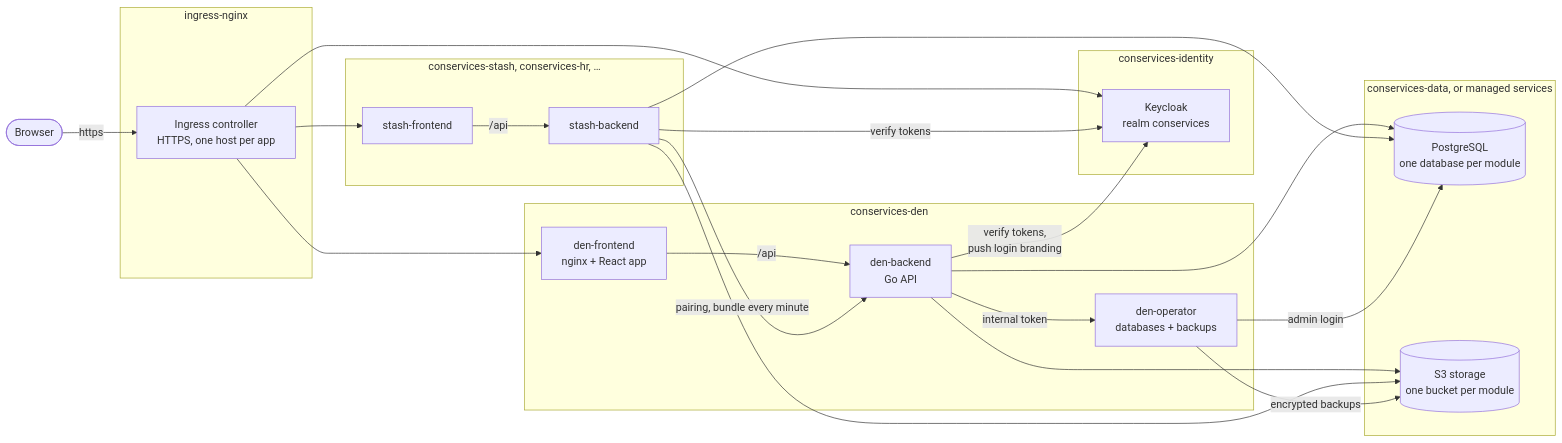
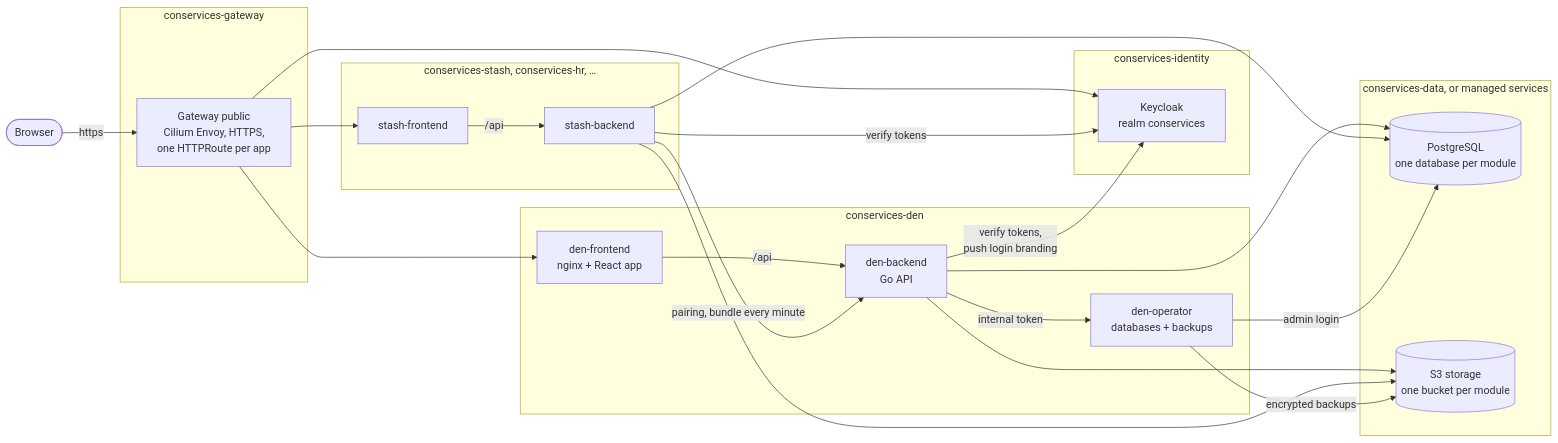
One commit to AGlElectronics/con-services changed the first of 4 diagrams in docs/concepts/architecture.md. Above: the diagram before and after it, drawn with Mermaid. The commit also changed other lines of this file and 78 other files, not shown here.

````diff
--- a/docs/concepts/architecture.md
+++ b/docs/concepts/architecture.md
@@ -19,47 +19,47 @@
 ```mermaid
 flowchart LR
     browser([Browser])
 
-    subgraph ingress [ingress-nginx]
-        ing[Ingress controller<br/>HTTPS, one host per app]
+    subgraph gw [conservices-gateway]
+        ing[Gateway public<br/>Cilium Envoy, HTTPS,<br/>one HTTPRoute per app]
     end
 
     subgraph identity [conservices-identity]
         keycloak[Keycloak<br/>realm conservices]
     end
 
     subgraph den [conservices-den]
         denfe[den-frontend<br/>nginx + React app]
         denbe[den-backend<br/>Go API]
         denop[den-operator<br/>databases + backups]
     end
 
     subgraph mod [conservices-stash, conservices-hr, …]
         modfe[stash-frontend]
         modbe[stash-backend]
     end
 
     subgraph data [conservices-data, or managed services]
         pg[(PostgreSQL<br/>one database per module)]
         s3[(S3 storage<br/>one bucket per module)]
     end
 
     browser -->|https| ing
     ing --> denfe
     ing --> modfe
     ing --> keycloak
     denfe -->|/api| denbe
     modfe -->|/api| modbe
 
     denbe -->|verify tokens,<br/>push login branding| keycloak
     modbe -->|verify tokens| keycloak
     modbe -->|pairing, bundle every minute| denbe
 
     denbe --> pg
     denbe --> s3
     modbe --> pg
     modbe --> s3
     denbe -->|internal token| denop
     denop -->|admin login| pg
     denop -->|encrypted backups| s3
 ```
````
